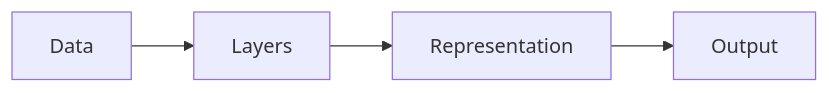
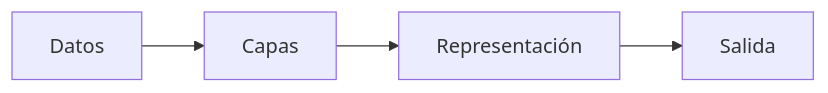
The diagram in i18n/es/docusaurus-plugin-content-docs/current/fundamentals/deep-learning.md (EmersonBraun/ai-summary-hub), drawn with Mermaid before and after one commit. The commit also changed other lines of this file and 384 other files, not shown here.

````diff
--- a/i18n/es/docusaurus-plugin-content-docs/current/fundamentals/deep-learning.md
+++ b/i18n/es/docusaurus-plugin-content-docs/current/fundamentals/deep-learning.md
@@ -17,6 +17,6 @@
 ```mermaid
 flowchart LR
-  Data[Data] --> Layers[Layers]
-  Layers --> Representation[Representation]
-  Representation --> Output[Output]
+  Data[Datos] --> Layers[Capas]
+  Layers --> Representation[Representación]
+  Representation --> Output[Salida]
 ```
````
